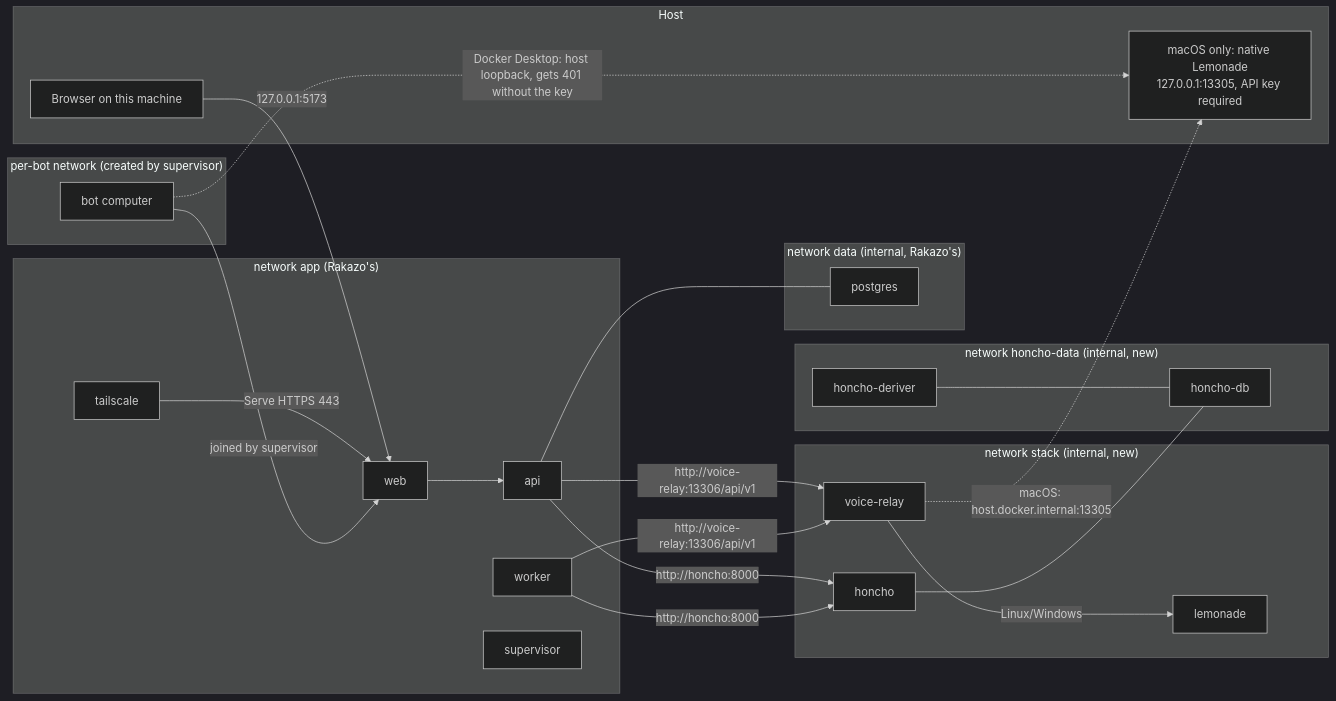
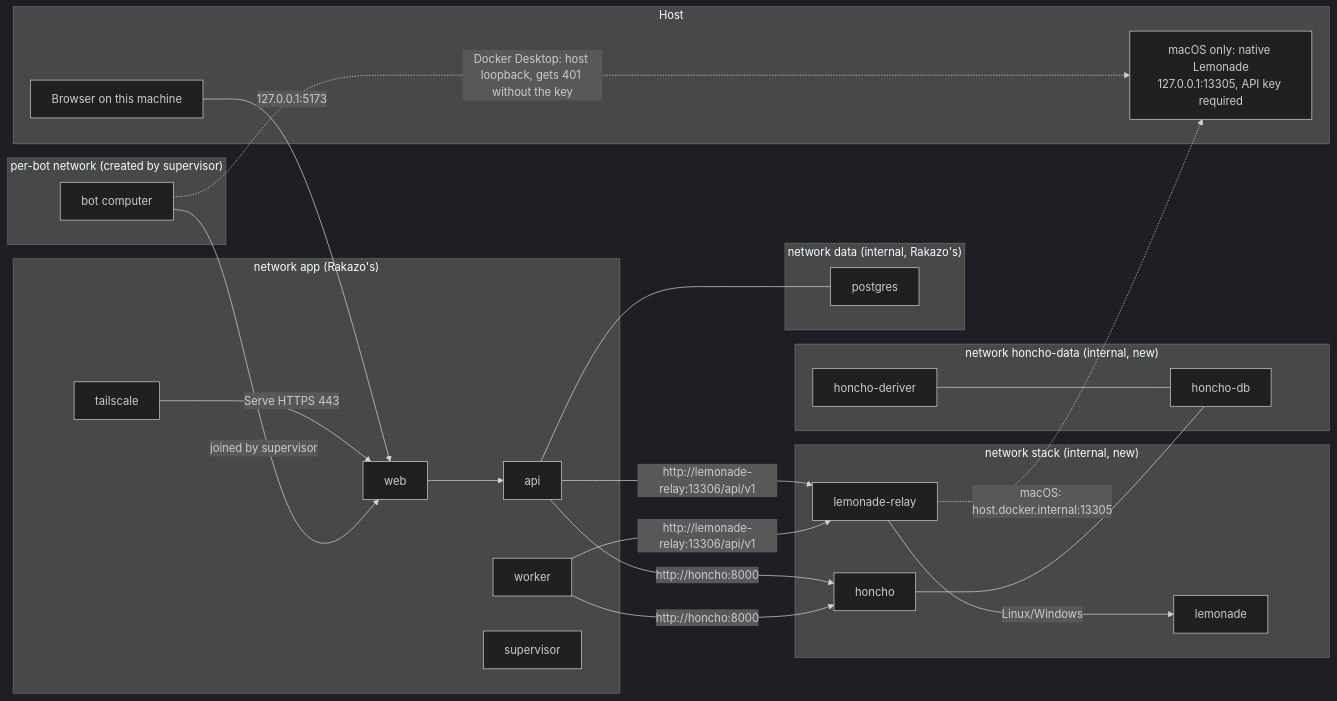
Before and after one commit to kamui/rakazo-stack: the diagram in prototypes/compose-layout/README.md, drawn with Mermaid (dark theme). The commit also changed other lines of this file and 1 other file, not shown here.

Commit message:
prototype(compose): name services by app, Honcho on Postgres 18

````diff
--- a/prototypes/compose-layout/README.md
+++ b/prototypes/compose-layout/README.md
@@ -25,34 +25,34 @@
 ```mermaid
 flowchart LR
   subgraph host["Host"]
     browser["Browser on this machine"]
     macLemonade["macOS only: native Lemonade<br/>127.0.0.1:13305, API key required"]
   end
   subgraph app["network app (Rakazo's)"]
     web; api; worker; supervisor; tailscale
   end
   subgraph data["network data (internal, Rakazo's)"]
     postgres
   end
   subgraph stack["network stack (internal, new)"]
-    relay["voice-relay"]; lemonade; honcho
+    relay["lemonade-relay"]; lemonade; honcho
   end
   subgraph hd["network honcho-data (internal, new)"]
     deriver["honcho-deriver"]; hdb["honcho-db"]
   end
   subgraph bot["per-bot network (created by supervisor)"]
     computer["bot computer"]
   end
   browser -->|127.0.0.1:5173| web
   tailscale -->|Serve HTTPS 443| web
   web --> api
   api --- postgres
-  api & worker -->|http://voice-relay:13306/api/v1| relay
+  api & worker -->|http://lemonade-relay:13306/api/v1| relay
   api & worker -->|http://honcho:8000| honcho
   relay -->|Linux/Windows| lemonade
   relay -.->|macOS: host.docker.internal:13305| macLemonade
   honcho --- hdb
   deriver --- hdb
   computer -->|joined by supervisor| web
   computer -.->|Docker Desktop: host loopback, gets 401 without the key| macLemonade
 ```
````
